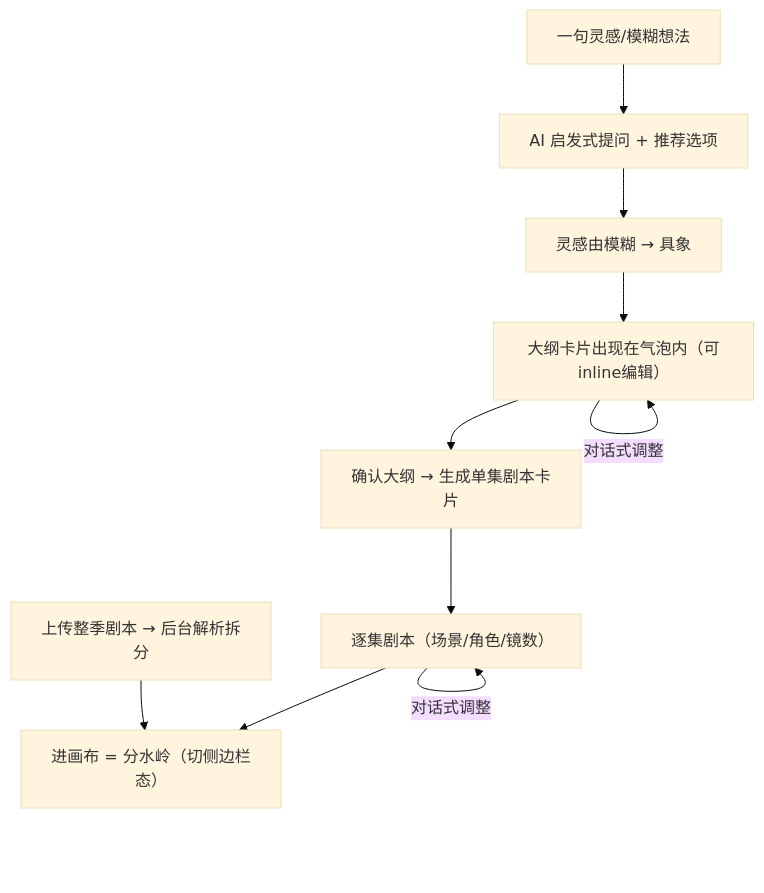
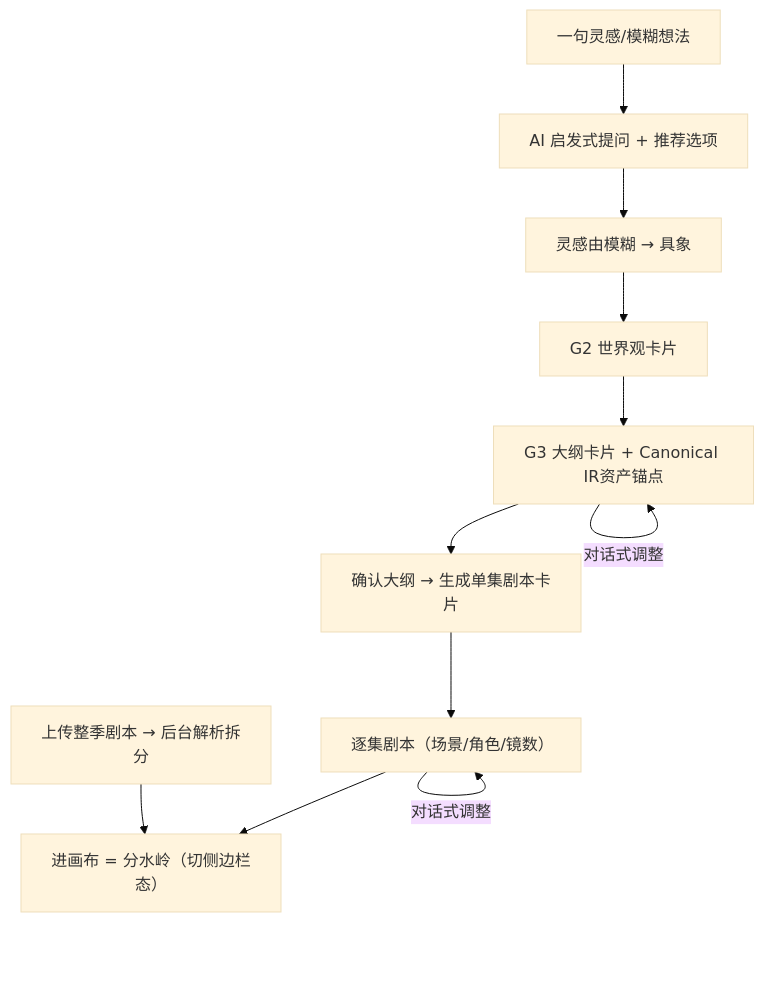
Before and after one commit to helix381/actnow: the second of 9 diagrams in prd/整理后/03-fullstack-contract.md, drawn with Mermaid (base theme). The commit also changed other lines of this file and 21 other files, not shown here.

````diff
--- a/prd/整理后/03-fullstack-contract.md
+++ b/prd/整理后/03-fullstack-contract.md
@@ -36,12 +36,13 @@
 ```mermaid
 flowchart TD
     I[一句灵感/模糊想法] --> Q[AI 启发式提问 + 推荐选项]
     Q --> Concrete[灵感由模糊 → 具象]
-    Concrete --> Outline[大纲卡片出现在气泡内（可inline编辑）]
+    Concrete --> World[G2 世界观卡片]
+    World --> Outline[G3 大纲卡片 + Canonical IR资产锚点]
     Outline -->|对话式调整| Outline
     Outline --> ConfirmOutline[确认大纲 → 生成单集剧本卡片]
     ConfirmOutline --> Script[逐集剧本（场景/角色/镜数）]
     Script -->|对话式调整| Script
     Script --> Done[进画布 = 分水岭（切侧边栏态）]
     Up[上传整季剧本 → 后台解析拆分] --> Done
 ```
````
